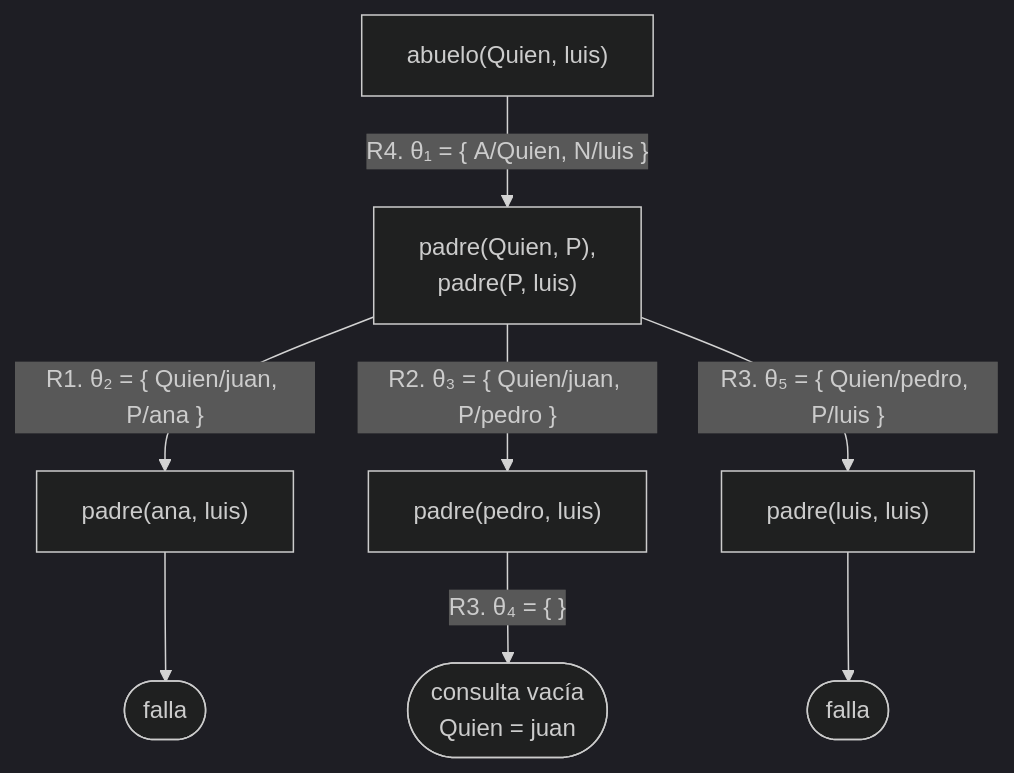
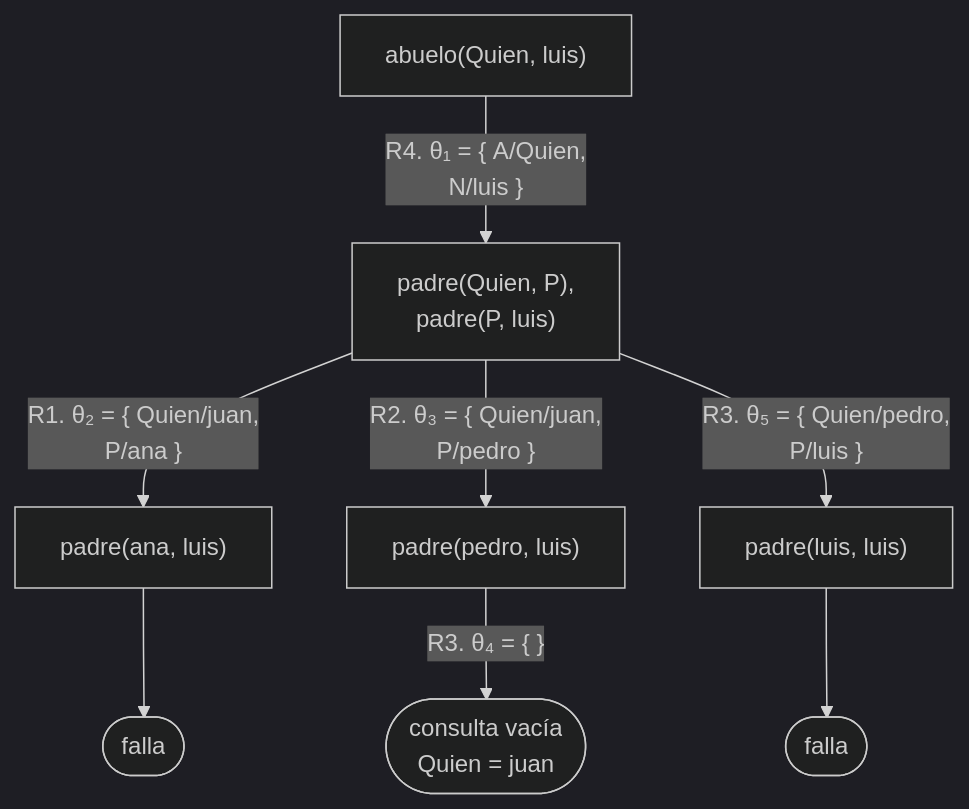
One commit to CesarBallardini/curso-de-prolog changed the first of 10 diagrams in docs/capitulo-05-como-responde-prolog/soluciones.md. Above: the diagram before and after it, drawn with Mermaid (dark theme). The commit also changed other lines of this file and 24 other files, not shown here.

First line of the commit message:
feat(docs): botones para ocultar las columnas laterales y etiquetas cortas en los diagramas

````diff
--- a/docs/capitulo-05-como-responde-prolog/soluciones.md
+++ b/docs/capitulo-05-como-responde-prolog/soluciones.md
@@ -10,10 +10,10 @@
 ```mermaid
 flowchart TD
-    A["abuelo(Quien, luis)"] -- "R4. θ₁ = {&nbsp;A/Quien, N/luis&nbsp;}" --> B["padre(Quien, P),<br/>padre(P, luis)"]
-    B -- "R1. θ₂ = {&nbsp;Quien/juan, P/ana&nbsp;}" --> C["padre(ana, luis)"]
-    B -- "R2. θ₃ = {&nbsp;Quien/juan, P/pedro&nbsp;}" --> D["padre(pedro, luis)"]
-    B -- "R3. θ₅ = {&nbsp;Quien/pedro, P/luis&nbsp;}" --> E["padre(luis, luis)"]
+    A["abuelo(Quien, luis)"] -- "R4. θ₁ = {&nbsp;A/Quien,<br/>N/luis&nbsp;}" --> B["padre(Quien, P),<br/>padre(P, luis)"]
+    B -- "R1. θ₂ = {&nbsp;Quien/juan,<br/>P/ana&nbsp;}" --> C["padre(ana, luis)"]
+    B -- "R2. θ₃ = {&nbsp;Quien/juan,<br/>P/pedro&nbsp;}" --> D["padre(pedro, luis)"]
+    B -- "R3. θ₅ = {&nbsp;Quien/pedro,<br/>P/luis&nbsp;}" --> E["padre(luis, luis)"]
     C --> F(["falla"])
     D -- "R3. θ₄ = {&nbsp;}" --> G(["consulta vacía<br/>Quien = juan"])
     E --> H(["falla"])
 ```
````
